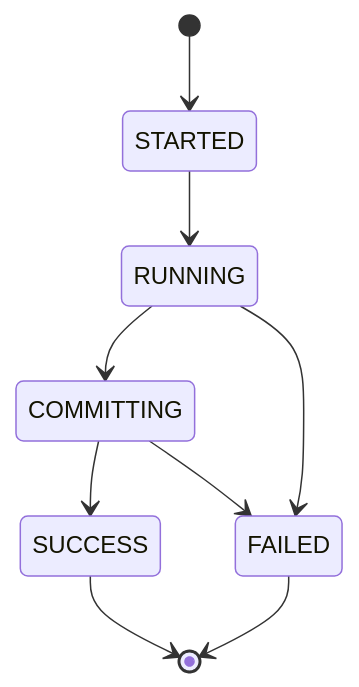
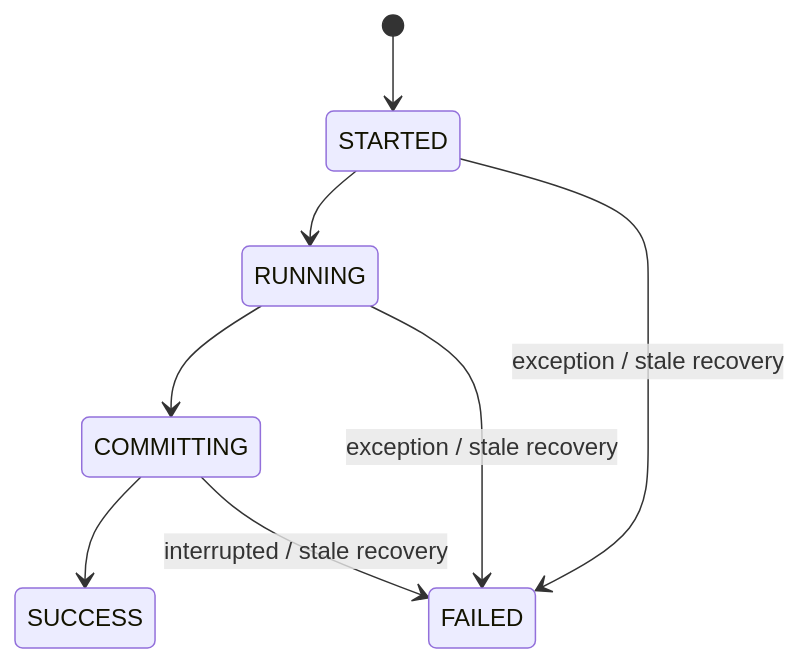
One commit to tks18/personal-finance-etl changed the second of 7 diagrams in docs/architecture/reliability-and-recovery.md. Above: the diagram before and after it, drawn with Mermaid. The commit also changed other lines of this file, not shown here.

````diff
--- a/docs/architecture/reliability-and-recovery.md
+++ b/docs/architecture/reliability-and-recovery.md
@@ -21,11 +97,11 @@
 ```mermaid
 stateDiagram-v2
     [*] --> STARTED
     STARTED --> RUNNING
     RUNNING --> COMMITTING
     COMMITTING --> SUCCESS
-    RUNNING --> FAILED
-    COMMITTING --> FAILED
-    SUCCESS --> [*]
-    FAILED --> [*]
+
+    STARTED --> FAILED: exception / stale recovery
+    RUNNING --> FAILED: exception / stale recovery
+    COMMITTING --> FAILED: interrupted / stale recovery
 ```
````
